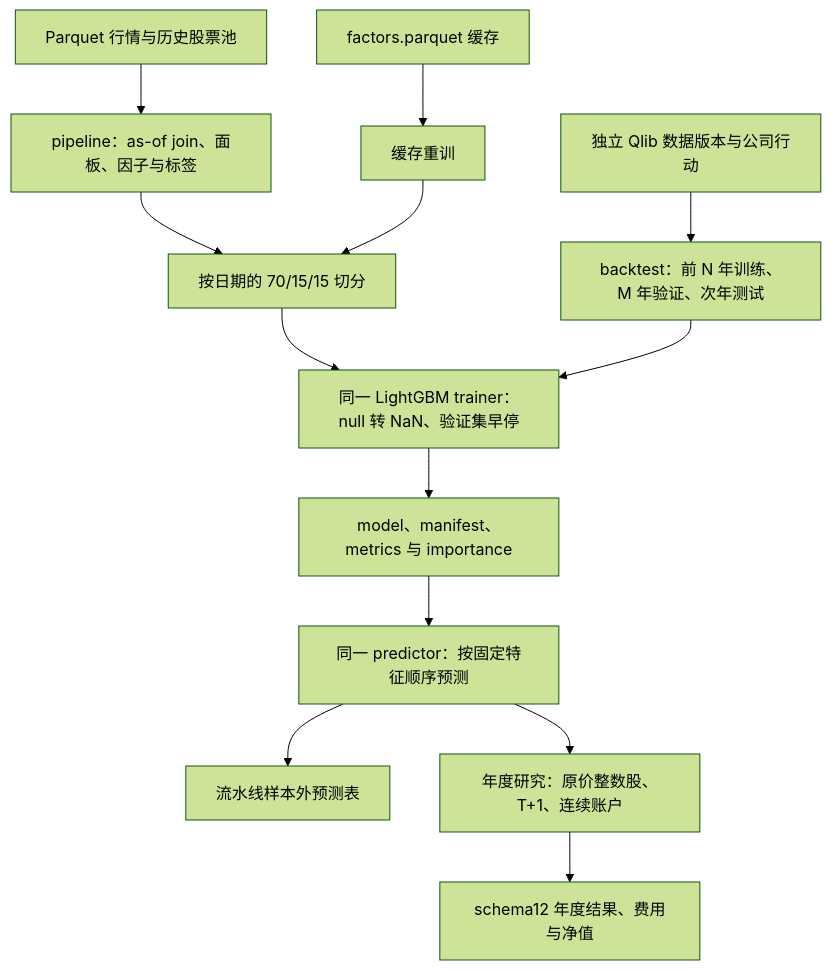
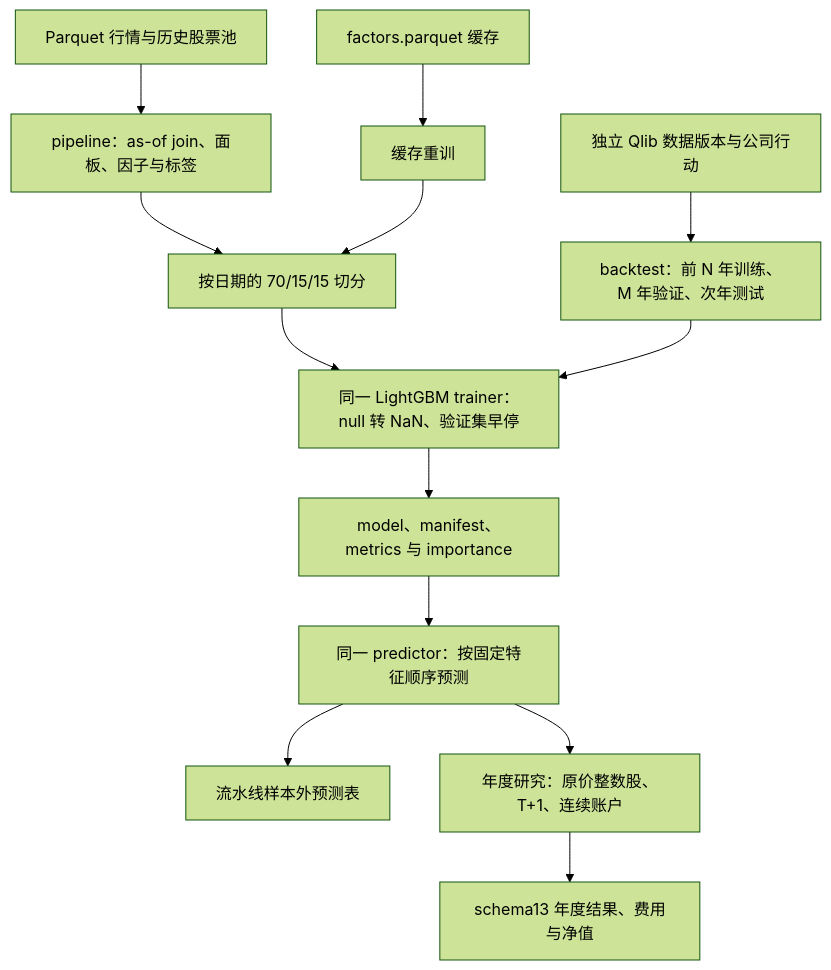
One commit to Dennishaha/JFQuant changed the first of 4 diagrams in crates/ml/src/README.md. Above: the diagram before and after it, drawn with Mermaid (forest theme). The commit also changed other lines of this file and 78 other files, not shown here.

````diff
--- a/crates/ml/src/README.md
+++ b/crates/ml/src/README.md
@@ -16,15 +16,15 @@
 ```mermaid
 flowchart TD
   PARQUET["Parquet 行情与历史股票池"] --> PIPE["pipeline：as-of join、面板、因子与标签"]
   PIPE --> SPLIT["按日期的 70/15/15 切分"]
   CACHE["factors.parquet 缓存"] --> RETRAIN["缓存重训"]
   RETRAIN --> SPLIT
   QLIB["独立 Qlib 数据版本与公司行动"] --> YEAR["backtest：前 N 年训练、M 年验证、次年测试"]
   SPLIT --> TRAIN["同一 LightGBM trainer：null 转 NaN、验证集早停"]
   YEAR --> TRAIN
   TRAIN --> MODEL["model、manifest、metrics 与 importance"]
   MODEL --> PRED["同一 predictor：按固定特征顺序预测"]
   PRED --> TABLE["流水线样本外预测表"]
   PRED --> LEDGER["年度研究：原价整数股、T+1、连续账户"]
-  LEDGER --> RESULT["schema12 年度结果、费用与净值"]
+  LEDGER --> RESULT["schema13 年度结果、费用与净值"]
 ```
````
